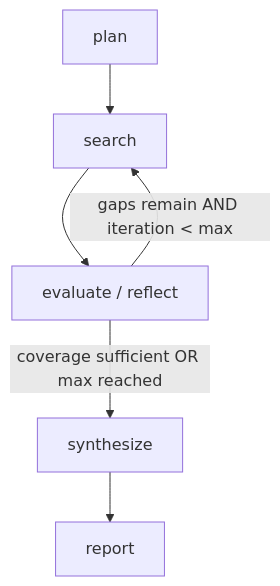
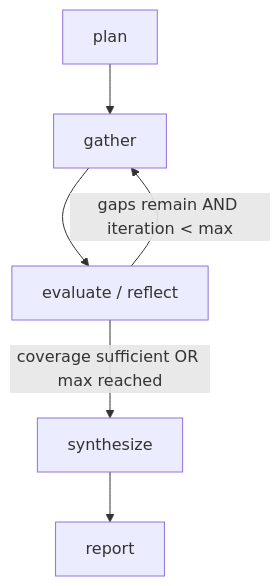
The second of 2 diagrams in docs/features/research.md (aduycuong/bnb-listeners), drawn with Mermaid before and after one commit. The commit also changed other lines of this file and 23 other files, not shown here.

````diff
--- a/docs/features/research.md
+++ b/docs/features/research.md
@@ -54,8 +54,8 @@
 ```mermaid
 flowchart TD
-  PL[plan] --> S[search]
-  S --> E[evaluate / reflect]
-  E -->|gaps remain AND iteration < max| S
+  PL[plan] --> G[gather]
+  G --> E[evaluate / reflect]
+  E -->|gaps remain AND iteration < max| G
   E -->|coverage sufficient OR max reached| SY[synthesize]
   SY --> DONE[report]
 ```
````
